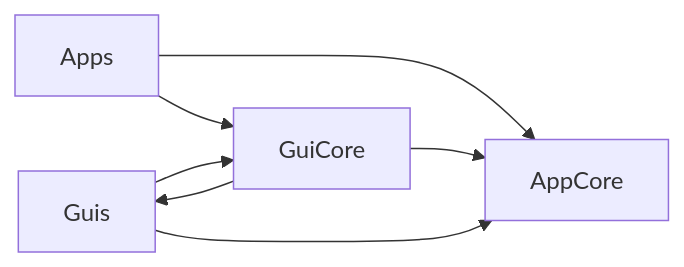
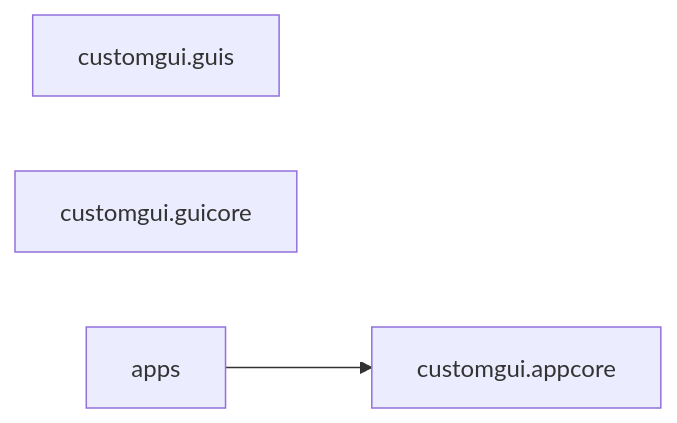
One commit to shilianlvke/CustomGUI_Qt_For_Python changed the diagram in docs/ARCHITECTURE.md. Above: the diagram before and after it, drawn with Mermaid. The commit also changed other lines of this file and 12 other files, not shown here.

````diff
--- a/docs/ARCHITECTURE.md
+++ b/docs/ARCHITECTURE.md
@@ -14,14 +14,9 @@
 ```mermaid
 flowchart LR
-    AppCore[AppCore]
-    Guis[Guis]
-    GuiCore[GuiCore]
-    Apps[Apps]
+    customgui.appcore[customgui.appcore]
+    customgui.guis[customgui.guis]
+    customgui.guicore[customgui.guicore]
+    apps[apps]
 
-    Apps --> AppCore
-    Apps --> GuiCore
-    GuiCore --> AppCore
-    GuiCore --> Guis
-    Guis --> AppCore
-    Guis --> GuiCore
+    apps --> customgui.appcore
 ```
````
